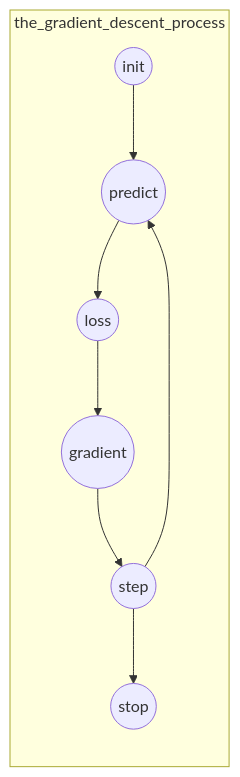
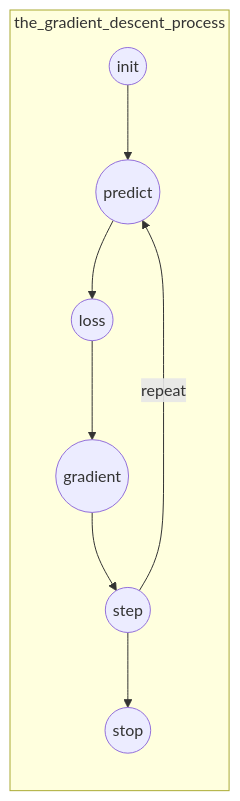
One commit to Jaas-Wang/smartbook changed the first of 2 diagrams in smartbook/Fastai-04.md. Above: the diagram before and after it, drawn with Mermaid. The commit also changed other lines of this file, not shown here.

````diff
--- a/smartbook/Fastai-04.md
+++ b/smartbook/Fastai-04.md
@@ -766,15 +766,15 @@
 ```mermaid
 graph LR
 init((init))
 predict((predict))
 loss((loss))
 gradient((gradient))
 step((step))
 stop((stop))
 subgraph the_gradient_descent_process
 init --> predict --> loss --> gradient  --> step --> stop 
 end
 subgraph the_gradient_descent_process
-step --> predict
+step --repeat--> predict
 end
 ```
````
